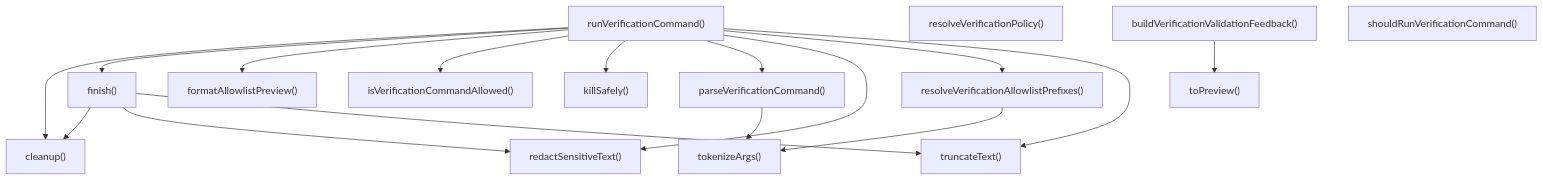
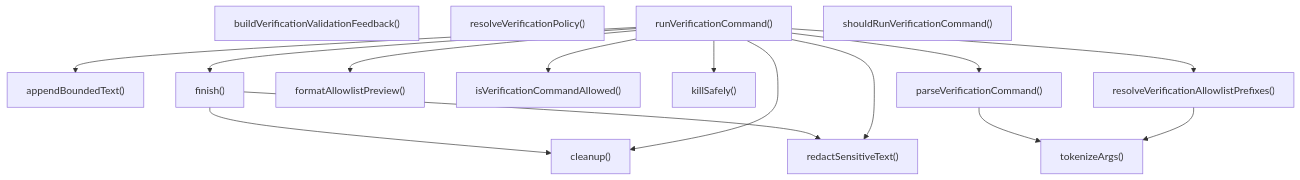
The third of 4 diagrams in ABDD/.pi/extensions/loop/verification.md (Mekann2904/mekann), drawn with Mermaid before and after one commit. The commit also changed other lines of this file and 205 other files, not shown here.

````diff
--- a/ABDD/.pi/extensions/loop/verification.md
+++ b/ABDD/.pi/extensions/loop/verification.md
@@ -83,33 +85,30 @@
 ```mermaid
 flowchart TD
+  appendBoundedText["appendBoundedText()"]
   buildVerificationValidationFeedback["buildVerificationValidationFeedback()"]
   cleanup["cleanup()"]
   finish["finish()"]
   formatAllowlistPreview["formatAllowlistPreview()"]
   isVerificationCommandAllowed["isVerificationCommandAllowed()"]
   killSafely["killSafely()"]
   parseVerificationCommand["parseVerificationCommand()"]
   redactSensitiveText["redactSensitiveText()"]
   resolveVerificationAllowlistPrefixes["resolveVerificationAllowlistPrefixes()"]
   resolveVerificationPolicy["resolveVerificationPolicy()"]
   runVerificationCommand["runVerificationCommand()"]
   shouldRunVerificationCommand["shouldRunVerificationCommand()"]
-  toPreview["toPreview()"]
   tokenizeArgs["tokenizeArgs()"]
-  truncateText["truncateText()"]
-  buildVerificationValidationFeedback --> toPreview
   finish --> cleanup
   finish --> redactSensitiveText
-  finish --> truncateText
   parseVerificationCommand --> tokenizeArgs
   resolveVerificationAllowlistPrefixes --> tokenizeArgs
+  runVerificationCommand --> appendBoundedText
   runVerificationCommand --> cleanup
   runVerificationCommand --> finish
   runVerificationCommand --> formatAllowlistPreview
   runVerificationCommand --> isVerificationCommandAllowed
   runVerificationCommand --> killSafely
   runVerificationCommand --> parseVerificationCommand
   runVerificationCommand --> redactSensitiveText
   runVerificationCommand --> resolveVerificationAllowlistPrefixes
-  runVerificationCommand --> truncateText
 ```
````
